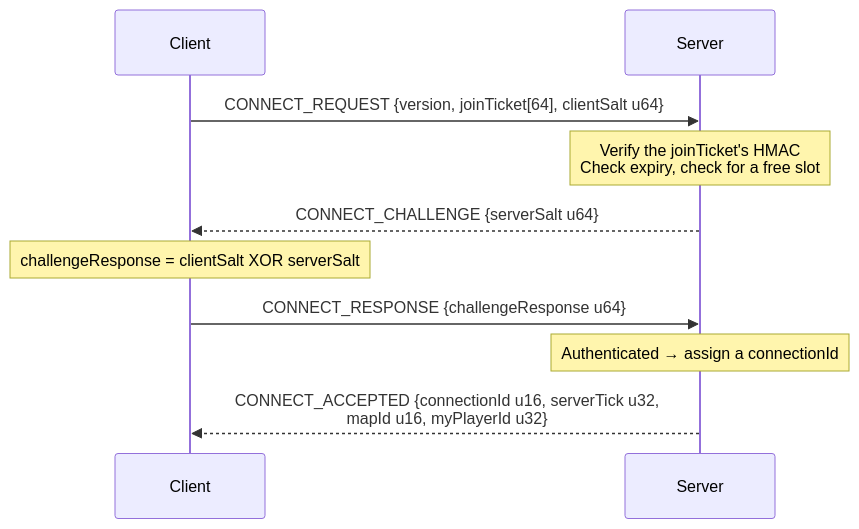
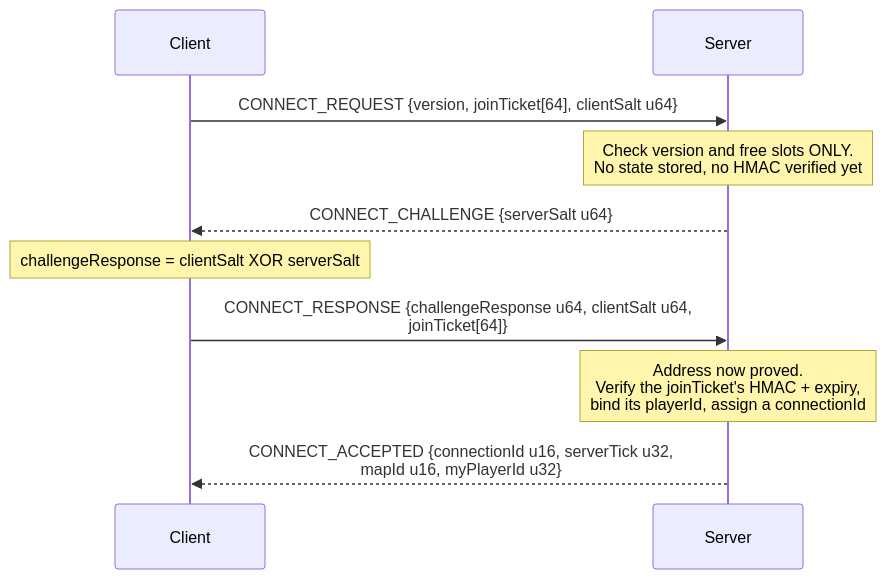
Before and after one commit to Nghaiz/LTM: the first of 3 diagrams in plans/00-shared/protocol-spec.md, drawn with Mermaid. The commit also changed other lines of this file and 11 other files, not shown here.

````diff
--- a/plans/00-shared/protocol-spec.md
+++ b/plans/00-shared/protocol-spec.md
@@ -157,12 +159,12 @@
 ```mermaid
 sequenceDiagram
     participant C as Client
     participant S as Server
     C->>S: CONNECT_REQUEST {version, joinTicket[64], clientSalt u64}
-    Note over S: Verify the joinTicket's HMAC<br/>Check expiry, check for a free slot
+    Note over S: Check version and free slots ONLY.<br/>No state stored, no HMAC verified yet
     S-->>C: CONNECT_CHALLENGE {serverSalt u64}
     Note over C: challengeResponse = clientSalt XOR serverSalt
-    C->>S: CONNECT_RESPONSE {challengeResponse u64}
-    Note over S: Authenticated → assign a connectionId
+    C->>S: CONNECT_RESPONSE {challengeResponse u64, clientSalt u64,<br/>joinTicket[64]}
+    Note over S: Address now proved.<br/>Verify the joinTicket's HMAC + expiry,<br/>bind its playerId, assign a connectionId
     S-->>C: CONNECT_ACCEPTED {connectionId u16, serverTick u32,<br/>mapId u16, myPlayerId u32}
 ```
````
